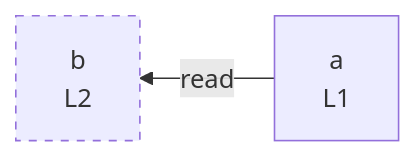
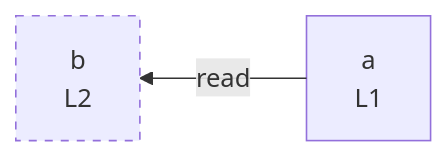
Before and after one commit to crescware/unsnarl: the diagram in integration/fixtures/minimal-const-array/preview.md, drawn with Mermaid. The commit also changed 58 other files, not shown here.

First line of the commit message:
feat(mermaid): switch the renderer to elk for nested-subgraph layouts

````diff
--- a/integration/fixtures/minimal-const-array/preview.md
+++ b/integration/fixtures/minimal-const-array/preview.md
@@ -12,8 +12,9 @@
 ```mermaid
+%%{init: {"flowchart": {"defaultRenderer": "elk"}}}%%
 flowchart RL
   n_scope_0_a_6["a<br/>L1"]
   n_scope_0_b_21["b<br/>L2"]
   n_scope_0_a_6 -->|read| n_scope_0_b_21
   classDef unused stroke-dasharray: 5 5;
   class n_scope_0_b_21 unused;
 ```
````
